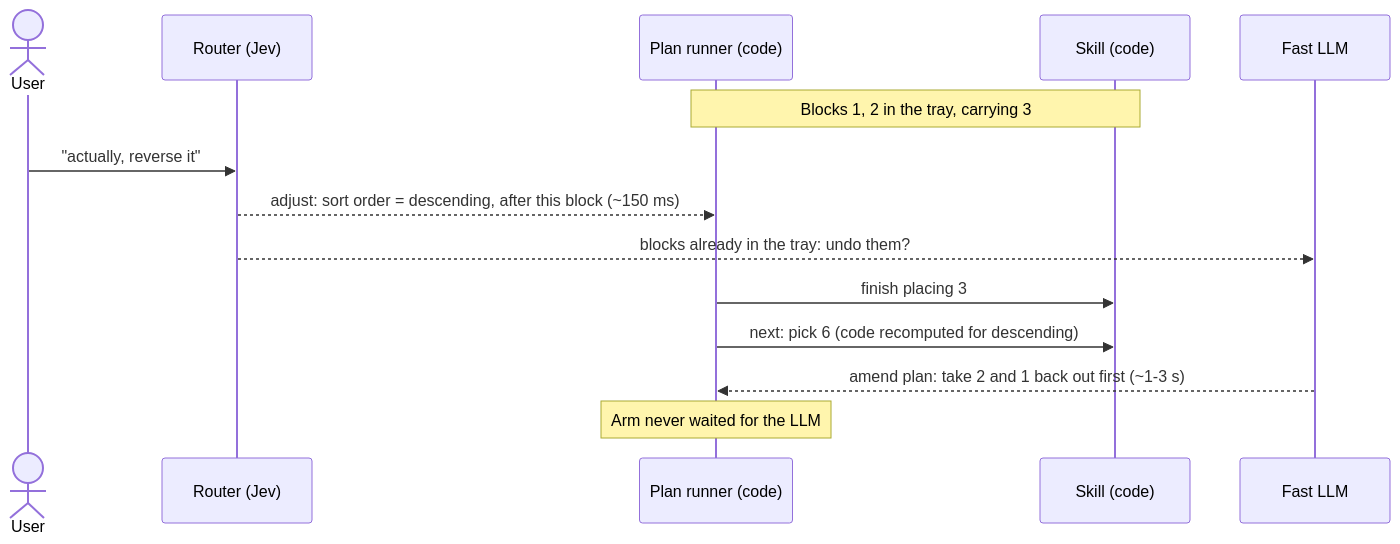
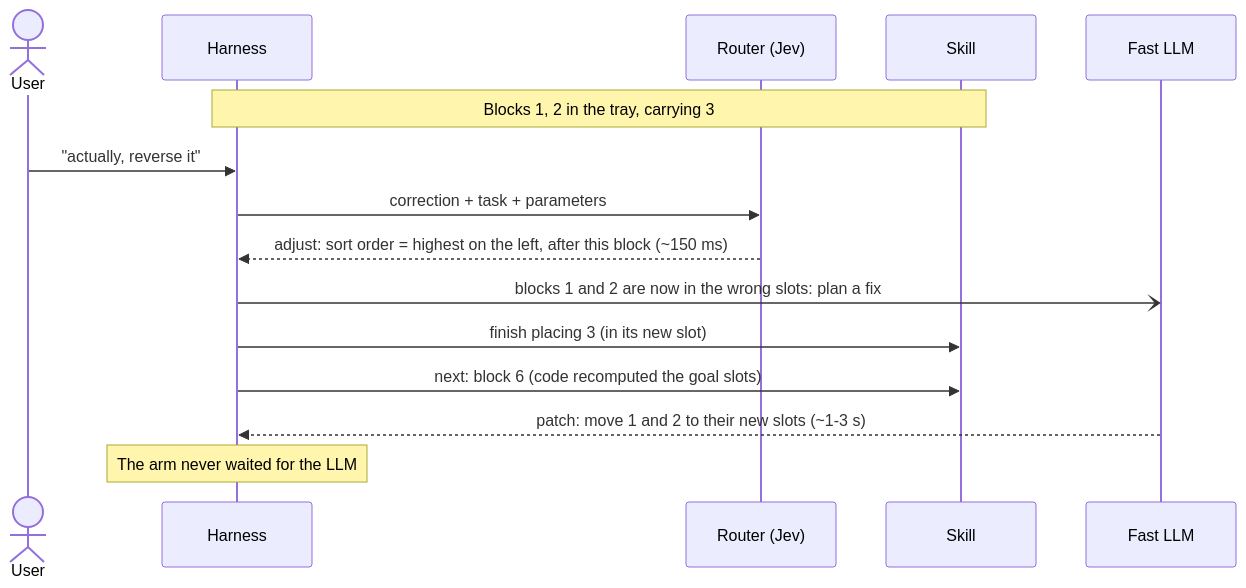
One commit to alee792/robojev changed the third of 6 diagrams in docs/v2-diagrams.md. Above: the diagram before and after it, drawn with Mermaid. The commit also changed other lines of this file and 1 other file, not shown here.

First line of the commit message:
v2 diagrams: event bus and async layers, perception on top, start-up sequence, unambiguous wrong-plan example; v2.md: harness, how it runs, task = final arrangement

````diff
--- a/docs/v2-diagrams.md
+++ b/docs/v2-diagrams.md
@@ -77,17 +83,18 @@
 ```mermaid
 sequenceDiagram
     actor U as User
+    participant H as Harness
     participant Ro as Router (Jev)
-    participant R as Plan runner (code)
-    participant K as Skill (code)
+    participant K as Skill
     participant P as Fast LLM
 
-    Note over R,K: Blocks 1, 2 in the tray, carrying 3
-    U->>Ro: "actually, reverse it"
-    Ro-->>R: adjust: sort order = descending, after this block (~150 ms)
-    Ro-->>P: blocks already in the tray: undo them?
-    R->>K: finish placing 3
-    R->>K: next: pick 6 (code recomputed for descending)
-    P-->>R: amend plan: take 2 and 1 back out first (~1-3 s)
-    Note over R: Arm never waited for the LLM
+    Note over H,K: Blocks 1, 2 in the tray, carrying 3
+    U->>H: "actually, reverse it"
+    H->>Ro: correction + task + parameters
+    Ro-->>H: adjust: sort order = highest on the left, after this block (~150 ms)
+    H-)P: blocks 1 and 2 are now in the wrong slots: plan a fix
+    H->>K: finish placing 3 (in its new slot)
+    H->>K: next: block 6 (code recomputed the goal slots)
+    P-->>H: patch: move 1 and 2 to their new slots (~1-3 s)
+    Note over H: The arm never waited for the LLM
 ```
````
